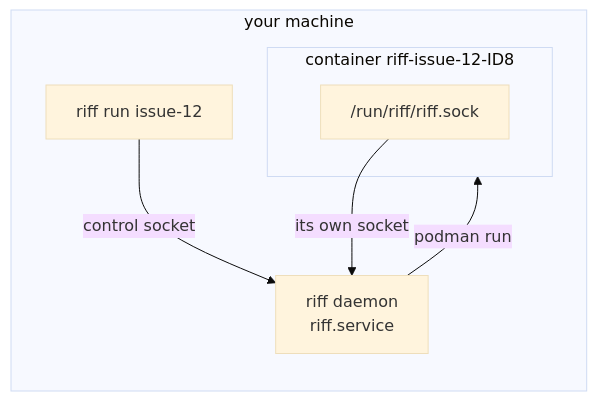
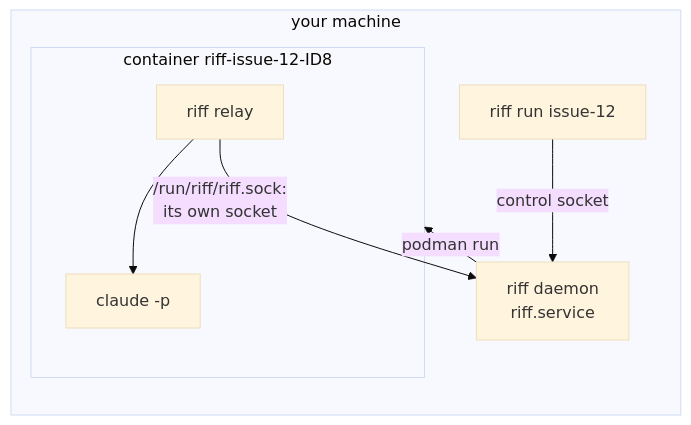
One commit to como-technologies/riff changed the sixth of 23 diagrams in docs/src/development.md. Above: the diagram before and after it, drawn with Mermaid (base theme). The commit also changed other lines of this file and 7 other files, not shown here.

Commit message:
WIP: the requirements, the rustdoc and the book of riff relay

````diff
--- a/docs/src/development.md
+++ b/docs/src/development.md
@@ -322,11 +322,11 @@
 ```mermaid
 flowchart LR
     subgraph M["your machine"]
         R["riff run issue-12"] -- "control socket" --> D["riff daemon<br/>riff.service"]
         D -- "podman run" --> C
         subgraph C["container riff-issue-12-ID8"]
-            S["/run/riff/riff.sock"]
+            L["riff relay"] --> K["claude -p"]
         end
-        S -- "its own socket" --> D
+        L -- "/run/riff/riff.sock:<br/>its own socket" --> D
     end
 ```
````
